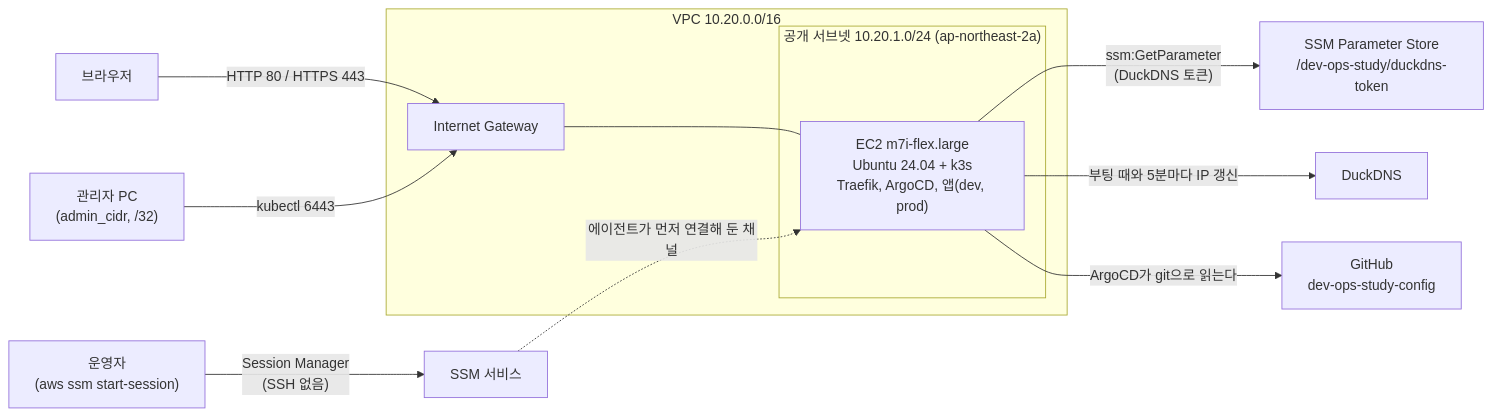
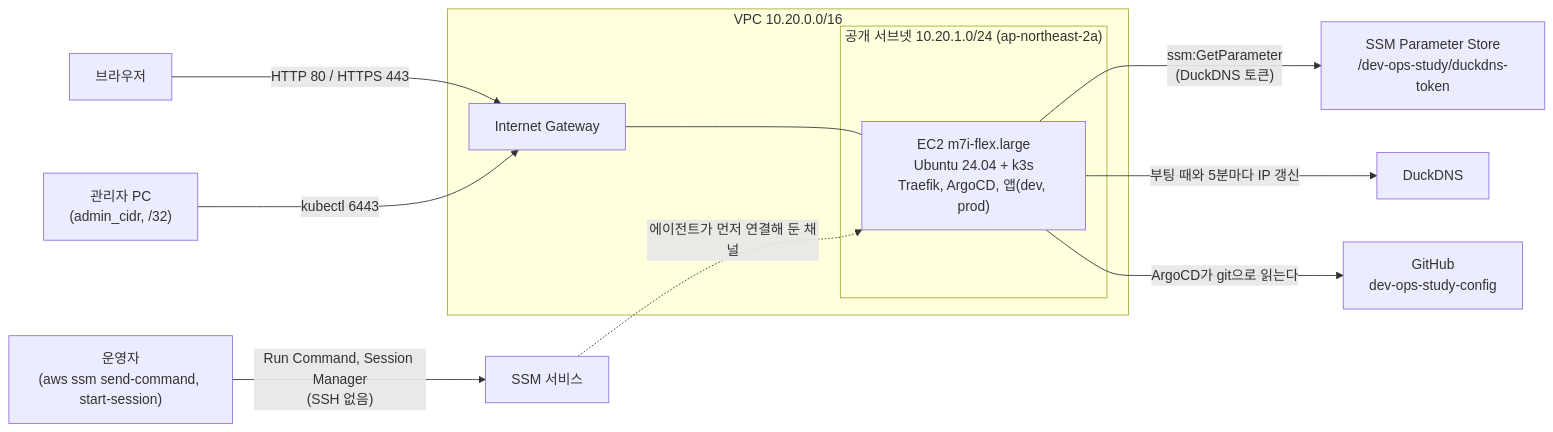
Before and after one commit to seongj-un/dev-ops-study-config: the diagram in infra/aws/README.md, drawn with Mermaid. The commit also changed other lines of this file and 4 other files, not shown here.

````diff
--- a/infra/aws/README.md
+++ b/infra/aws/README.md
@@ -11,18 +11,18 @@
 ```mermaid
 flowchart LR
     subgraph vpc["VPC 10.20.0.0/16"]
         igw["Internet Gateway"]
         subgraph subnet["공개 서브넷 10.20.1.0/24 (ap-northeast-2a)"]
             ec2["EC2 m7i-flex.large<br/>Ubuntu 24.04 + k3s<br/>Traefik, ArgoCD, 앱(dev, prod)"]
         end
         igw --- ec2
     end
 
     user["브라우저"] -->|"HTTP 80 / HTTPS 443"| igw
     admin["관리자 PC<br/>(admin_cidr, /32)"] -->|"kubectl 6443"| igw
-    ops["운영자<br/>(aws ssm start-session)"] -->|"Session Manager<br/>(SSH 없음)"| ssm["SSM 서비스"]
+    ops["운영자<br/>(aws ssm send-command, start-session)"] -->|"Run Command, Session Manager<br/>(SSH 없음)"| ssm["SSM 서비스"]
     ssm -.->|"에이전트가 먼저 연결해 둔 채널"| ec2
     ec2 -->|"ssm:GetParameter<br/>(DuckDNS 토큰)"| param["SSM Parameter Store<br/>/dev-ops-study/duckdns-token"]
     ec2 -->|"부팅 때와 5분마다 IP 갱신"| duck["DuckDNS"]
     ec2 -->|"ArgoCD가 git으로 읽는다"| repo["GitHub<br/>dev-ops-study-config"]
 ```
````
